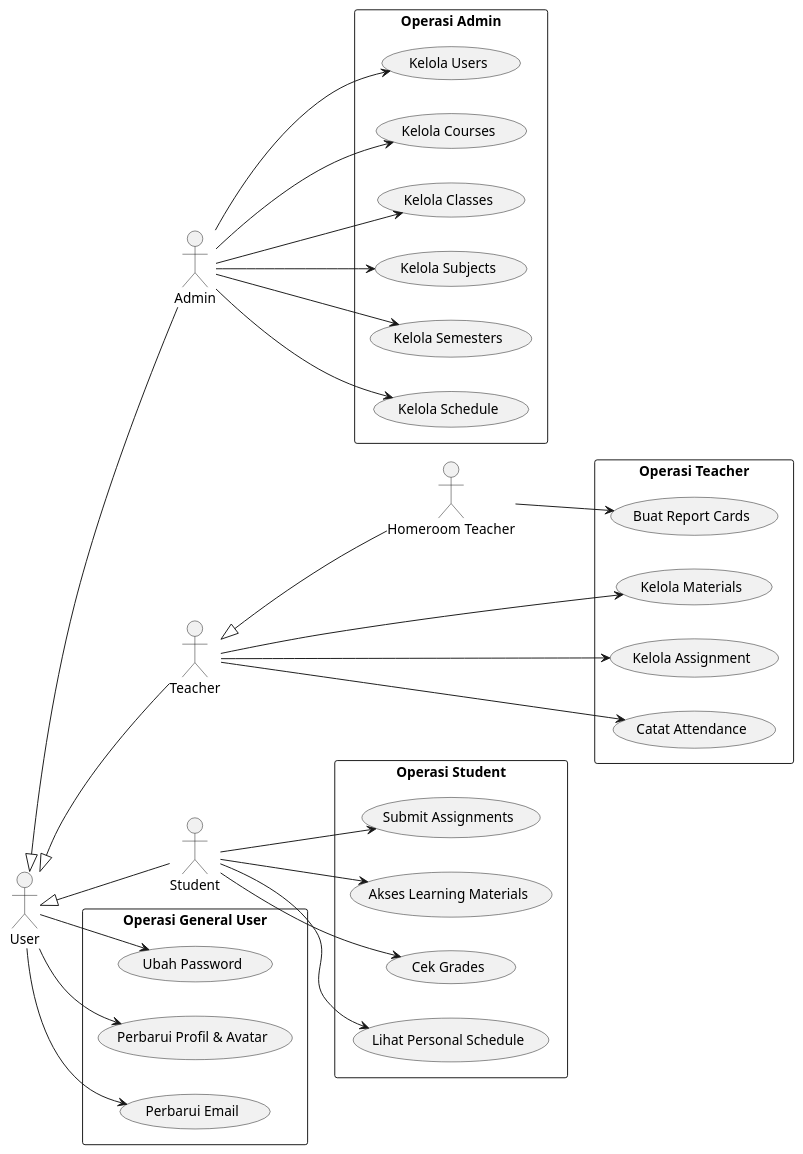
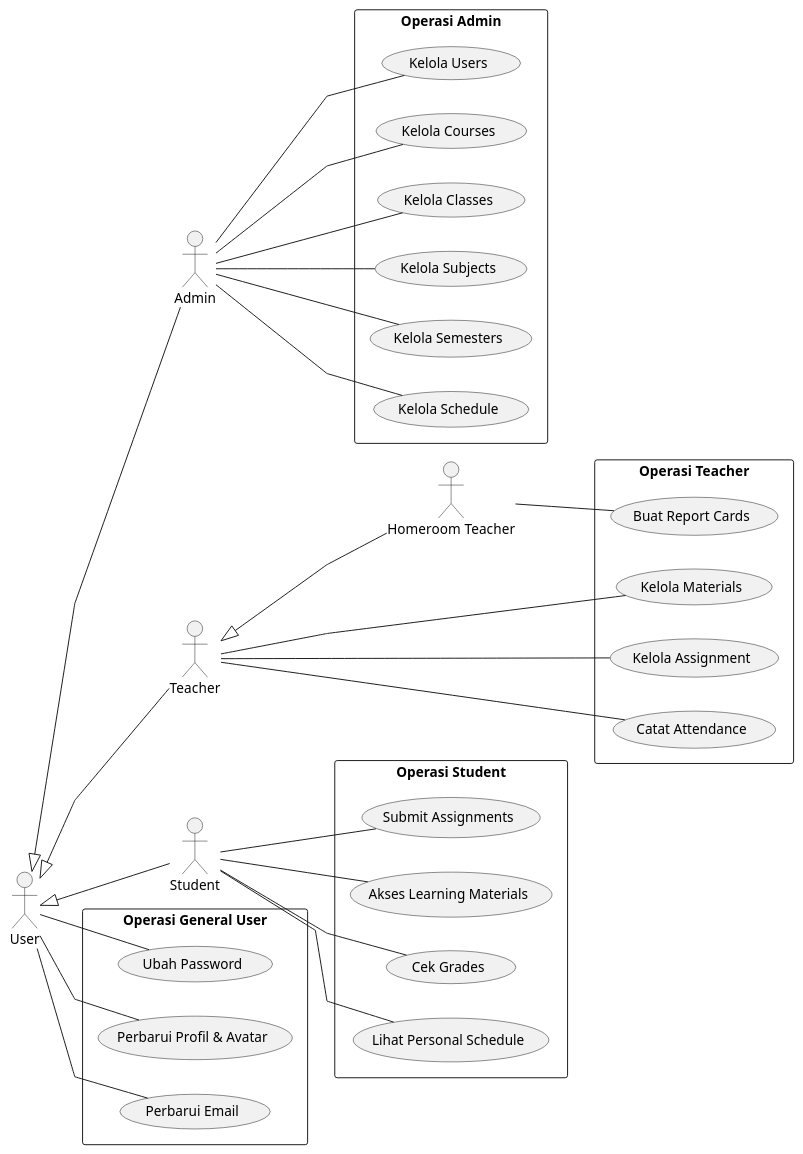
One commit to rafifgpt21-ai/jalms changed the diagram in design-summary/usecase-diagram/usecase-diagram-id.puml. Above: the diagram before and after it, drawn with PlantUML. The commit also changed 15 other files, not shown here.

```diff
--- a/design-summary/usecase-diagram/usecase-diagram-id.puml
+++ b/design-summary/usecase-diagram/usecase-diagram-id.puml
@@ -1,70 +1,71 @@
 @startuml
 left to right direction
 skinparam packageStyle rectangle
 skinparam shadowing false
+skinparam linetype polyline
 
 actor "User" as user
 actor "Admin" as admin
 actor "Teacher" as teacher
 actor "Homeroom Teacher" as hrTeacher
 actor "Student" as student
 
 ' Actor Inheritance
 user <|-- admin
 user <|-- teacher
 user <|-- student
 teacher <|-- hrTeacher
 
 package "Operasi General User" {
     usecase "Ubah Password" as UC_PW
     usecase "Perbarui Profil & Avatar" as UC_Profile
     usecase "Perbarui Email" as UC_Email
 }
 
 package "Operasi Admin" {
     usecase "Kelola Users" as UC_M_User
     usecase "Kelola Courses" as UC_M_Course
     usecase "Kelola Classes" as UC_M_Class
     usecase "Kelola Subjects" as UC_M_Subj
     usecase "Kelola Semesters" as UC_M_Sem
     usecase "Kelola Schedule" as UC_M_Sched
 }
 
 package "Operasi Teacher" {
     usecase "Kelola Materials" as UC_Mat
     usecase "Kelola Assignment" as UC_Assign
     usecase "Catat Attendance" as UC_Att
     usecase "Buat Report Cards" as UC_Report
 }
 
 package "Operasi Student" {
     usecase "Submit Assignments" as UC_Submit
     usecase "Akses Learning Materials" as UC_ViewMat
     usecase "Cek Grades" as UC_Grades
     usecase "Lihat Personal Schedule" as UC_ViewSched
 }
 
 ' Role-Specific Connections
-user --> UC_PW
-user --> UC_Profile
-user --> UC_Email
+user -- UC_PW
+user -- UC_Profile
+user -- UC_Email
 
-admin --> UC_M_User
-admin --> UC_M_Course
-admin --> UC_M_Class
-admin --> UC_M_Subj
-admin --> UC_M_Sem
-admin --> UC_M_Sched
+admin -- UC_M_User
+admin -- UC_M_Course
+admin -- UC_M_Class
+admin -- UC_M_Subj
+admin -- UC_M_Sem
+admin -- UC_M_Sched
 
-teacher --> UC_Mat
-teacher --> UC_Assign
-teacher --> UC_Att
+teacher -- UC_Mat
+teacher -- UC_Assign
+teacher -- UC_Att
 
-hrTeacher --> UC_Report
+hrTeacher -- UC_Report
 
-student --> UC_Submit
-student --> UC_ViewMat
-student --> UC_Grades
-student --> UC_ViewSched
+student -- UC_Submit
+student -- UC_ViewMat
+student -- UC_Grades
+student -- UC_ViewSched
 
 @enduml
```
